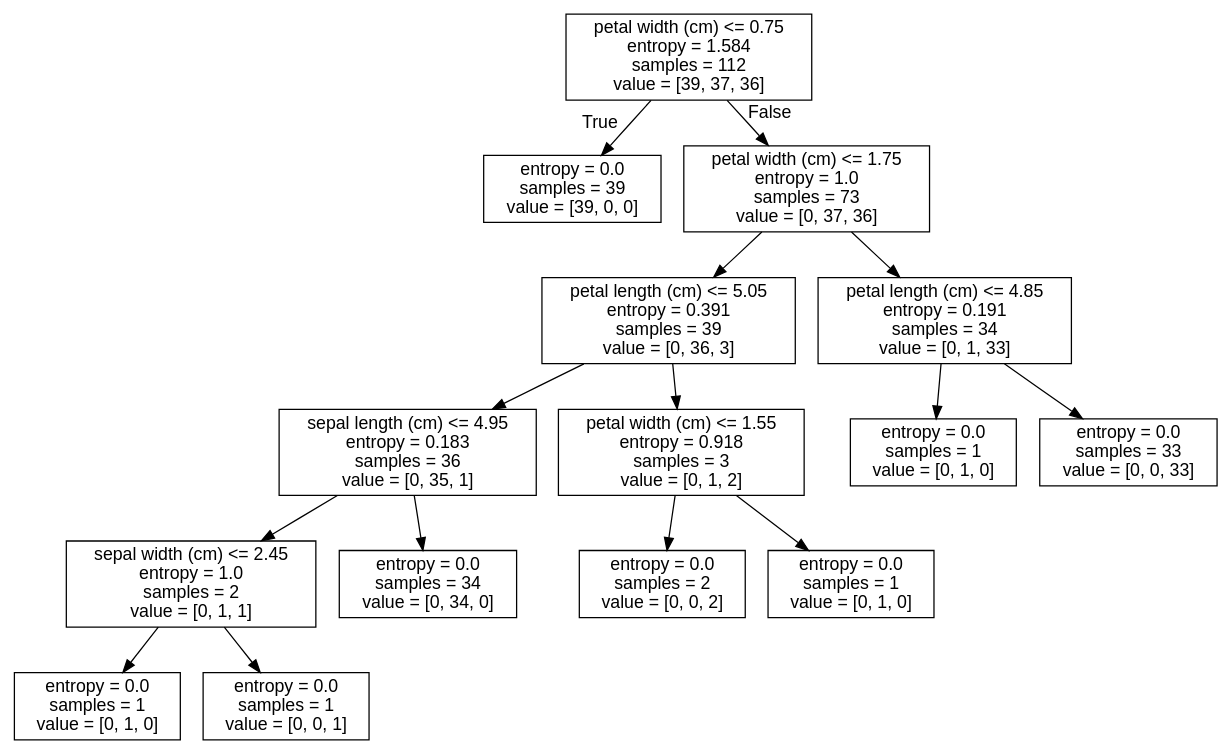
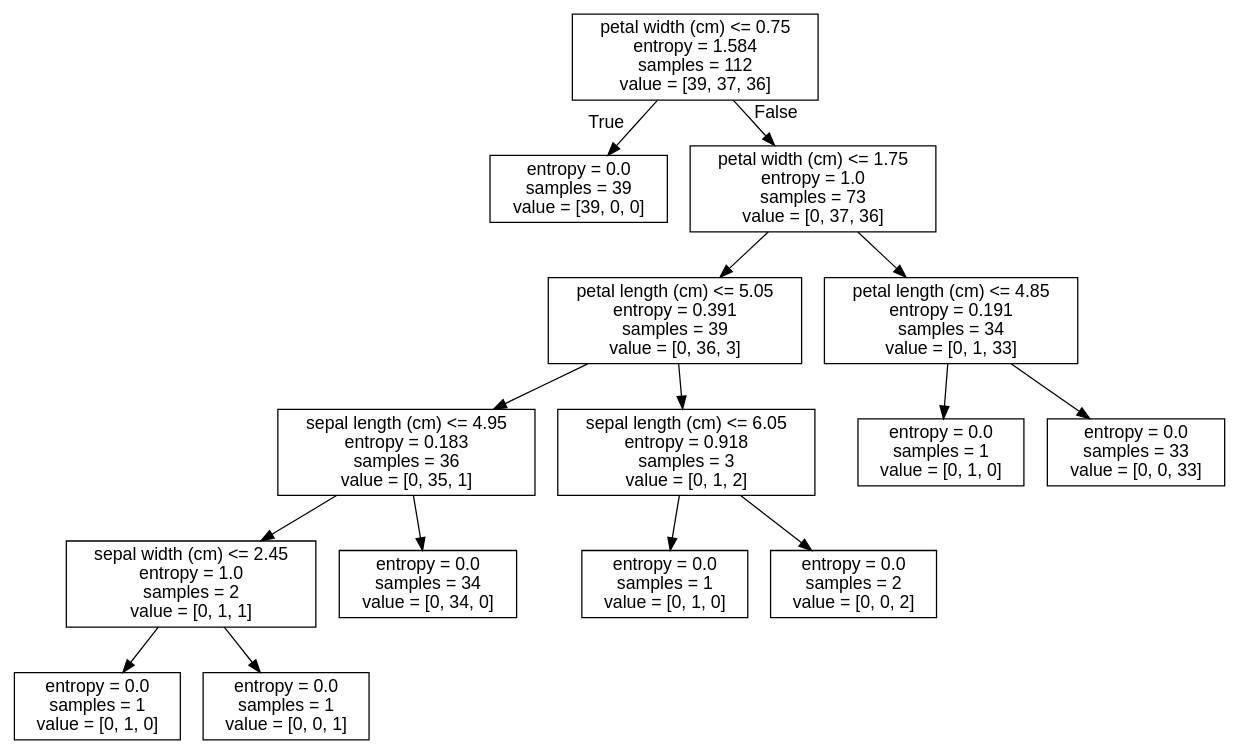
The diagram in machie_learning/iris_tree.dot (geekerstar/pylearn), drawn with Graphviz before and after one commit. The commit also changed 76 other files, not shown here.

```diff
--- a/machie_learning/iris_tree.dot
+++ b/machie_learning/iris_tree.dot
@@ -1,33 +1,33 @@
 digraph Tree {
 node [shape=box, fontname="helvetica"] ;
 edge [fontname="helvetica"] ;
 0 [label="petal width (cm) <= 0.75\nentropy = 1.584\nsamples = 112\nvalue = [39, 37, 36]"] ;
 1 [label="entropy = 0.0\nsamples = 39\nvalue = [39, 0, 0]"] ;
 0 -> 1 [labeldistance=2.5, labelangle=45, headlabel="True"] ;
 2 [label="petal width (cm) <= 1.75\nentropy = 1.0\nsamples = 73\nvalue = [0, 37, 36]"] ;
 0 -> 2 [labeldistance=2.5, labelangle=-45, headlabel="False"] ;
 3 [label="petal length (cm) <= 5.05\nentropy = 0.391\nsamples = 39\nvalue = [0, 36, 3]"] ;
 2 -> 3 ;
 4 [label="sepal length (cm) <= 4.95\nentropy = 0.183\nsamples = 36\nvalue = [0, 35, 1]"] ;
 3 -> 4 ;
 5 [label="sepal width (cm) <= 2.45\nentropy = 1.0\nsamples = 2\nvalue = [0, 1, 1]"] ;
 4 -> 5 ;
 6 [label="entropy = 0.0\nsamples = 1\nvalue = [0, 1, 0]"] ;
 5 -> 6 ;
 7 [label="entropy = 0.0\nsamples = 1\nvalue = [0, 0, 1]"] ;
 5 -> 7 ;
 8 [label="entropy = 0.0\nsamples = 34\nvalue = [0, 34, 0]"] ;
 4 -> 8 ;
-9 [label="petal width (cm) <= 1.55\nentropy = 0.918\nsamples = 3\nvalue = [0, 1, 2]"] ;
+9 [label="sepal length (cm) <= 6.05\nentropy = 0.918\nsamples = 3\nvalue = [0, 1, 2]"] ;
 3 -> 9 ;
-10 [label="entropy = 0.0\nsamples = 2\nvalue = [0, 0, 2]"] ;
+10 [label="entropy = 0.0\nsamples = 1\nvalue = [0, 1, 0]"] ;
 9 -> 10 ;
-11 [label="entropy = 0.0\nsamples = 1\nvalue = [0, 1, 0]"] ;
+11 [label="entropy = 0.0\nsamples = 2\nvalue = [0, 0, 2]"] ;
 9 -> 11 ;
 12 [label="petal length (cm) <= 4.85\nentropy = 0.191\nsamples = 34\nvalue = [0, 1, 33]"] ;
 2 -> 12 ;
 13 [label="entropy = 0.0\nsamples = 1\nvalue = [0, 1, 0]"] ;
 12 -> 13 ;
 14 [label="entropy = 0.0\nsamples = 33\nvalue = [0, 0, 33]"] ;
 12 -> 14 ;
 }
```
